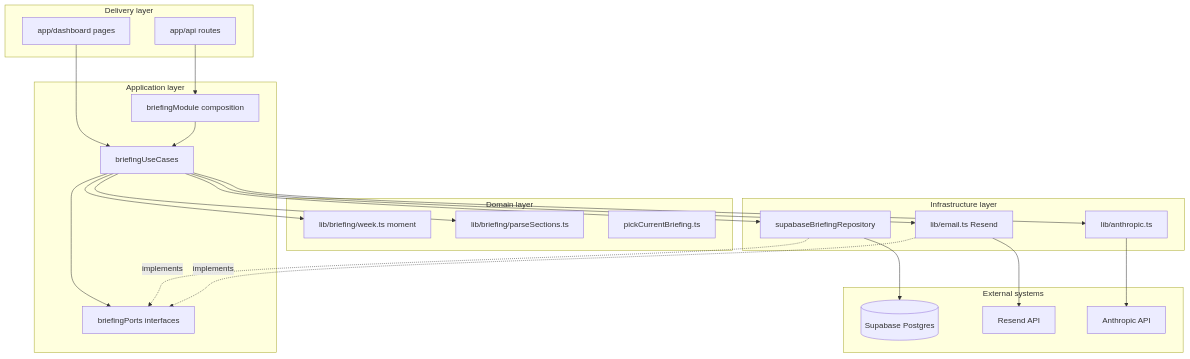
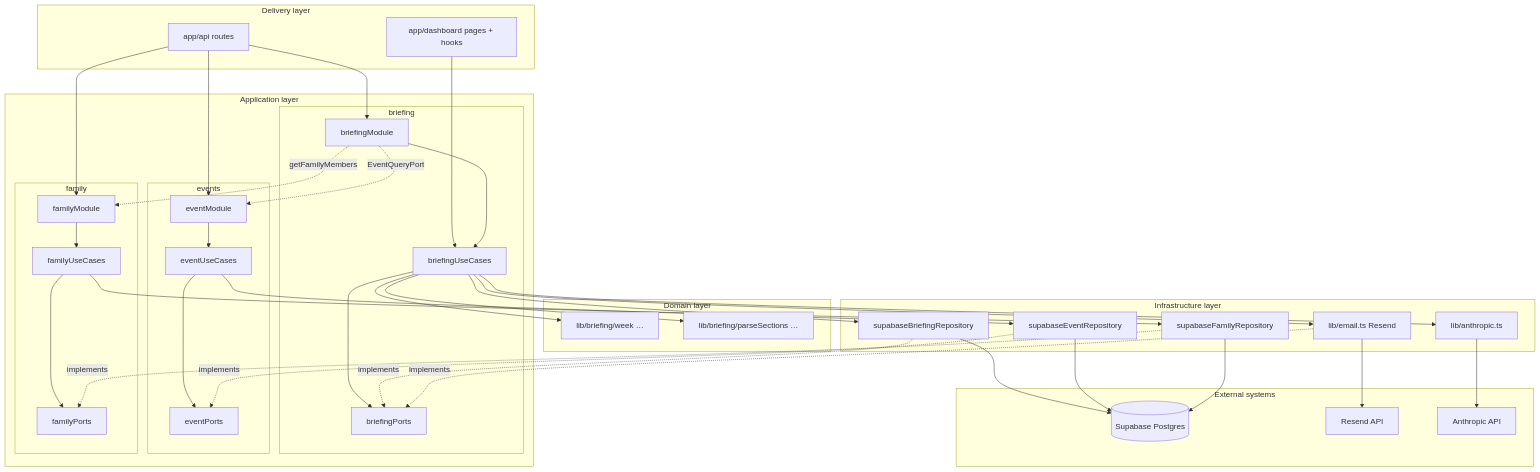
The first of 2 diagrams in README.md (LukeAveil/familyBrief), drawn with Mermaid before and after one commit. The commit also changed other lines of this file, not shown here.

````diff
--- a/README.md
+++ b/README.md
@@ -54,41 +54,68 @@
 ```mermaid
 flowchart TB
   subgraph delivery [Delivery layer]
-    Pages[app/dashboard pages]
+    Pages[app/dashboard pages + hooks]
     Routes[app/api routes]
   end
   subgraph application [Application layer]
-    UC[briefingUseCases]
-    Ports[briefingPorts interfaces]
-    Mod[briefingModule composition]
+    subgraph briefing_ctx [briefing]
+      UC[briefingUseCases]
+      Ports[briefingPorts]
+      Mod[briefingModule]
+    end
+    subgraph events_ctx [events]
+      EUC[eventUseCases]
+      EP[eventPorts]
+      EMod[eventModule]
+    end
+    subgraph family_ctx [family]
+      FUC[familyUseCases]
+      FP[familyPorts]
+      FMod[familyModule]
+    end
   end
   subgraph domain [Domain layer]
-    Week[lib/briefing/week.ts moment]
-    Parse[lib/briefing/parseSections.ts]
-    Pick[pickCurrentBriefing.ts]
+    Week[lib/briefing/week …]
+    Parse[lib/briefing/parseSections …]
   end
   subgraph infra [Infrastructure layer]
-    Repo[supabaseBriefingRepository]
+    RepoB[supabaseBriefingRepository]
+    RepoE[supabaseEventRepository]
+    RepoF[supabaseFamilyRepository]
     Email[lib/email.ts Resend]
     Anthropic[lib/anthropic.ts]
   end
   subgraph data [External systems]
     PG[(Supabase Postgres)]
     R[Resend API]
     A[Anthropic API]
   end
   Pages --> UC
   Routes --> Mod
+  Routes --> EMod
+  Routes --> FMod
   Mod --> UC
+  EMod --> EUC
+  FMod --> FUC
   UC --> Ports
+  EUC --> EP
+  FUC --> FP
   UC --> Week
   UC --> Parse
-  Repo -.implements.-> Ports
+  RepoB -.implements.-> Ports
+  RepoE -.implements.-> EP
+  RepoF -.implements.-> FP
   Email -.implements.-> Ports
-  UC --> Repo
+  UC --> RepoB
   UC --> Email
-  Repo --> PG
+  EUC --> RepoE
+  FUC --> RepoF
+  RepoB --> PG
+  RepoE --> PG
+  RepoF --> PG
   Email --> R
   UC --> Anthropic
   Anthropic --> A
+  Mod -.->|EventQueryPort| EMod
+  Mod -.->|getFamilyMembers| FMod
 ```
````
